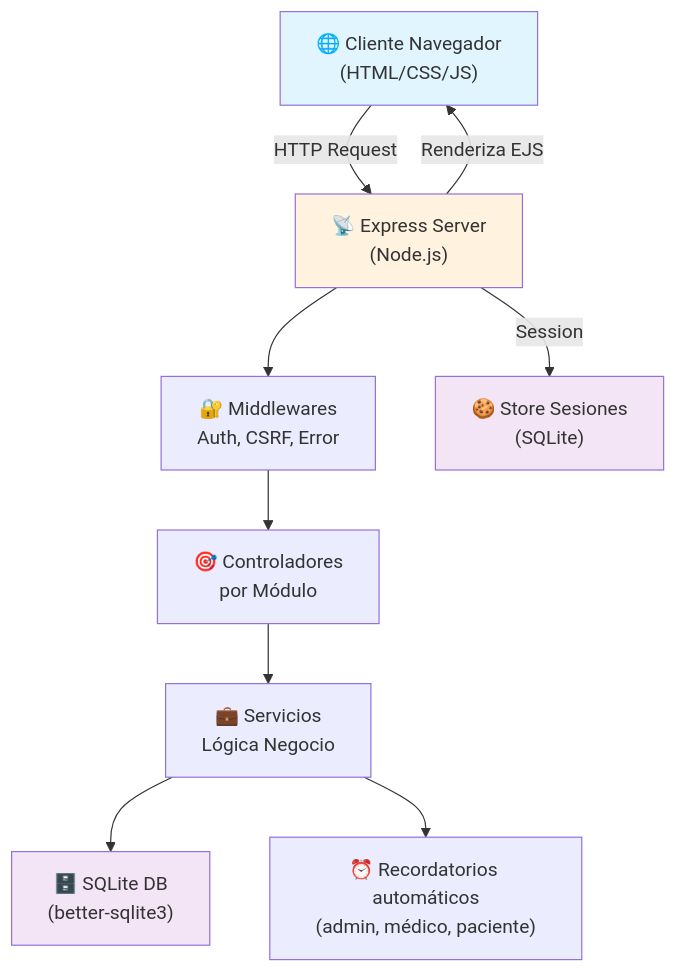
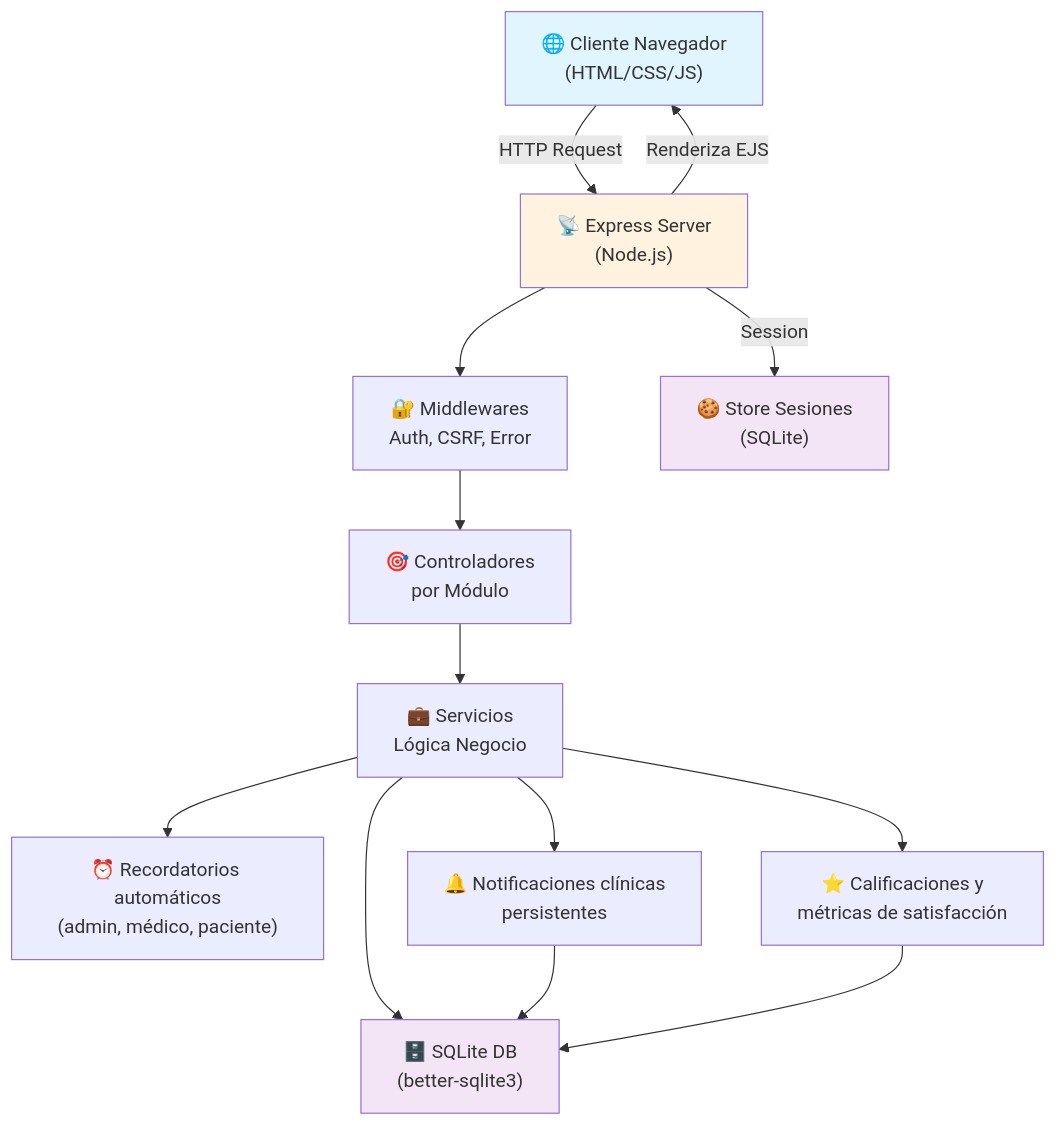
Before and after one commit to EdwardAR/CIS_II: the first of 8 diagrams in README.md, drawn with Mermaid. The commit also changed other lines of this file and 1 other file, not shown here.

````diff
--- a/README.md
+++ b/README.md
@@ -93,18 +93,22 @@
 ```mermaid
 graph TD
     A["🌐 Cliente Navegador<br/>(HTML/CSS/JS)"] -->|HTTP Request| B["📡 Express Server<br/>(Node.js)"]
     
     B -->|Renderiza EJS| A
     B --> C["🔐 Middlewares<br/>Auth, CSRF, Error"]
     C --> D["🎯 Controladores<br/>por Módulo"]
     D --> E["💼 Servicios<br/>Lógica Negocio"]
     E --> F["🗄️ SQLite DB<br/>(better-sqlite3)"]
     E --> H["⏰ Recordatorios automáticos<br/>(admin, médico, paciente)"]
+    E --> I["🔔 Notificaciones clínicas<br/>persistentes"]
+    E --> J["⭐ Calificaciones y<br/>métricas de satisfacción"]
     
     B -->|Session| G["🍪 Store Sesiones<br/>(SQLite)"]
+    I --> F
+    J --> F
     
     style A fill:#e1f5ff
     style B fill:#fff3e0
     style F fill:#f3e5f5
     style G fill:#f3e5f5
 ```
````
